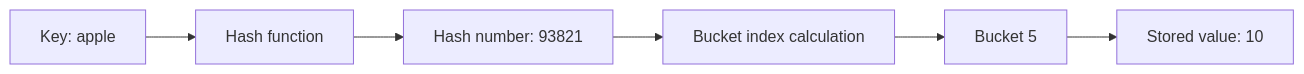
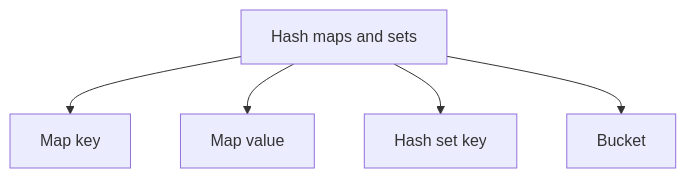
One commit to 9999dude/omega changed the first of 16 diagrams in docs/datastructures/hash-map.md. Above: the diagram before and after it, drawn with Mermaid. The commit also changed other lines of this file and 58 other files, not shown here.

````diff
--- a/docs/datastructures/hash-map.md
+++ b/docs/datastructures/hash-map.md
@@ -145,8 +27,8 @@
 ```mermaid
-flowchart LR
-    A["Key: apple"] --> B["Hash function"]
-    B --> C["Hash number: 93821"]
-    C --> D["Bucket index calculation"]
-    D --> E["Bucket 5"]
-    E --> F["Stored value: 10"]
+flowchart TD
+    T["Hash maps and sets"]
+    T --> R0["Map key"]
+    T --> R1["Map value"]
+    T --> R2["Hash set key"]
+    T --> R3["Bucket"]
 ```
````
